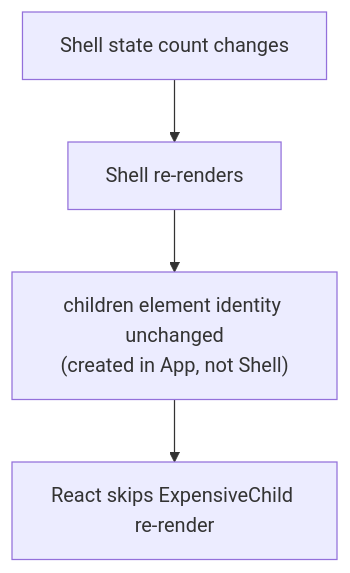
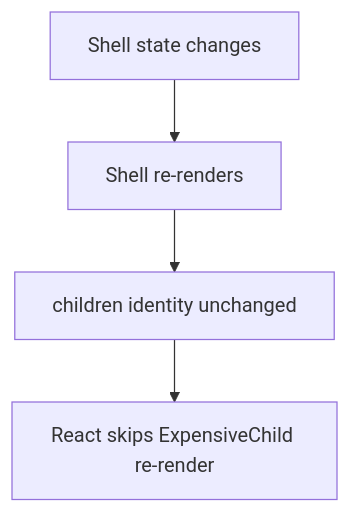
One commit to ashishxcode/frontend-internals changed the diagram in packages/content/content/24-react-design-patterns.mdx. Above: the diagram before and after it, drawn with Mermaid. The commit also changed other lines of this file and 34 other files, not shown here.

````diff
--- a/packages/content/content/24-react-design-patterns.mdx
+++ b/packages/content/content/24-react-design-patterns.mdx
@@ -69,6 +29,6 @@
 ```mermaid
 flowchart TD
-  s[Shell state count changes] --> r[Shell re-renders]
-  r --> reuse["children element identity unchanged<br/>(created in App, not Shell)"]
+  s[Shell state changes] --> r[Shell re-renders]
+  r --> reuse["children identity unchanged"]
   reuse --> skip[React skips ExpensiveChild re-render]
 ```
````
